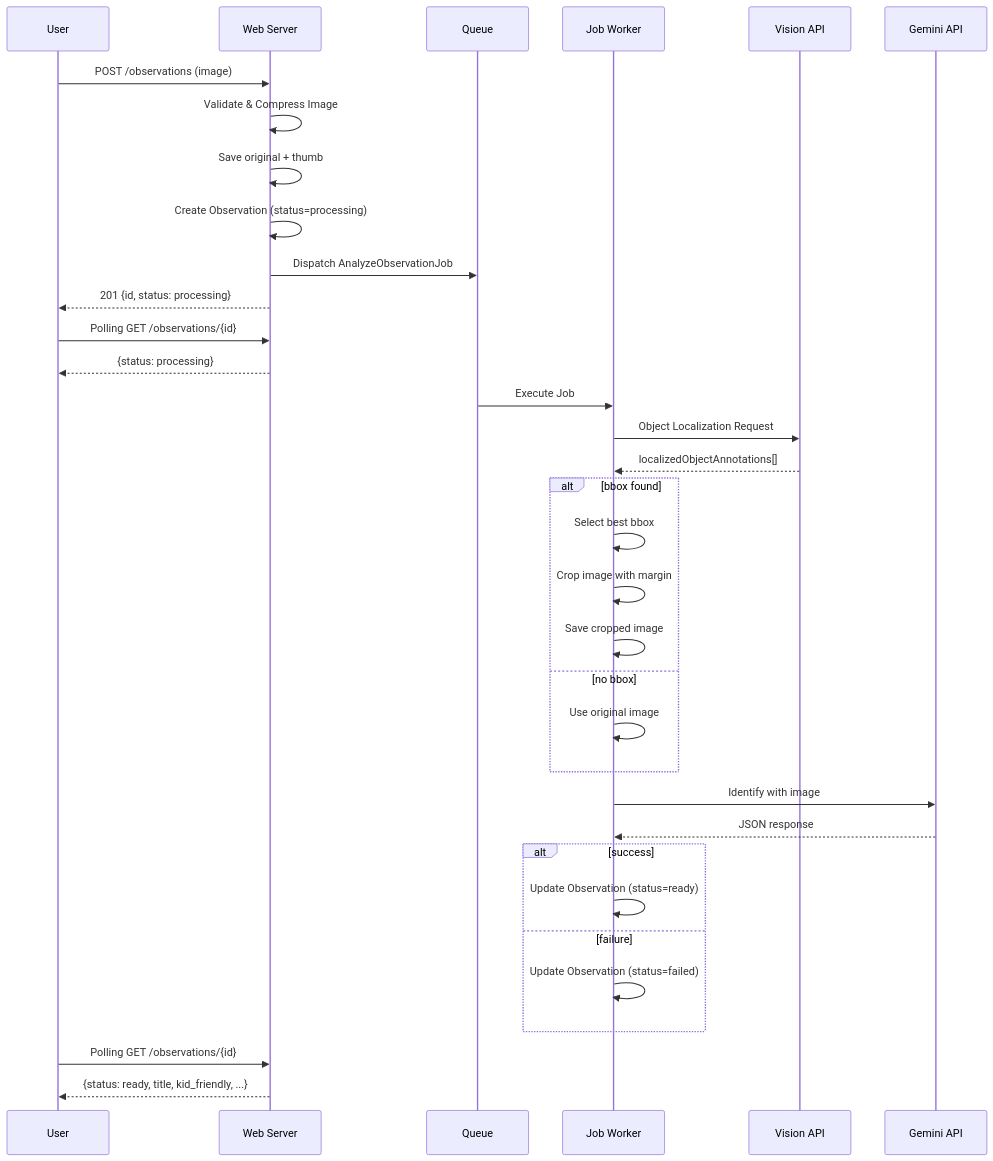
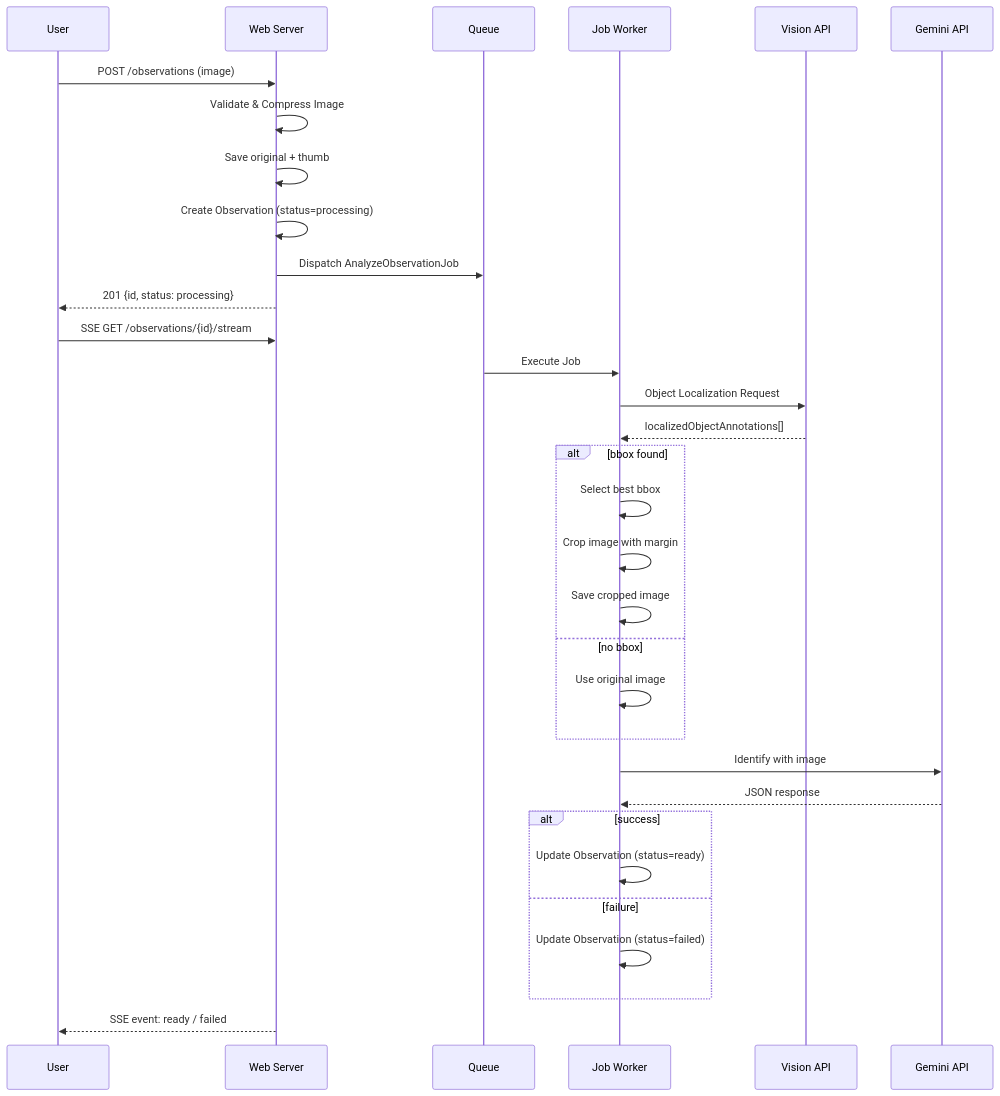
Before and after one commit to corocorococoro/LensClip: the first of 2 diagrams in docs/ai-pipeline.md, drawn with Mermaid. The commit also changed other lines of this file and 20 other files, not shown here.

````diff
--- a/docs/ai-pipeline.md
+++ b/docs/ai-pipeline.md
@@ -5,43 +5,41 @@
 ```mermaid
 sequenceDiagram
     participant U as User
     participant W as Web Server
     participant Q as Queue
     participant J as Job Worker
     participant V as Vision API
     participant G as Gemini API
 
     U->>W: POST /observations (image)
     W->>W: Validate & Compress Image
     W->>W: Save original + thumb
     W->>W: Create Observation (status=processing)
     W->>Q: Dispatch AnalyzeObservationJob
     W-->>U: 201 {id, status: processing}
 
-    U->>W: Polling GET /observations/{id}
-    W-->>U: {status: processing}
-
+    U->>W: SSE GET /observations/{id}/stream
+    
     Q->>J: Execute Job
     J->>V: Object Localization Request
     V-->>J: localizedObjectAnnotations[]
 
     alt bbox found
         J->>J: Select best bbox
         J->>J: Crop image with margin
         J->>J: Save cropped image
     else no bbox
         J->>J: Use original image
     end
 
     J->>G: Identify with image
     G-->>J: JSON response
 
     alt success
         J->>J: Update Observation (status=ready)
     else failure
         J->>J: Update Observation (status=failed)
     end
 
-    U->>W: Polling GET /observations/{id}
-    W-->>U: {status: ready, title, kid_friendly, ...}
+    W-->>U: SSE event: ready / failed
 ```
````
